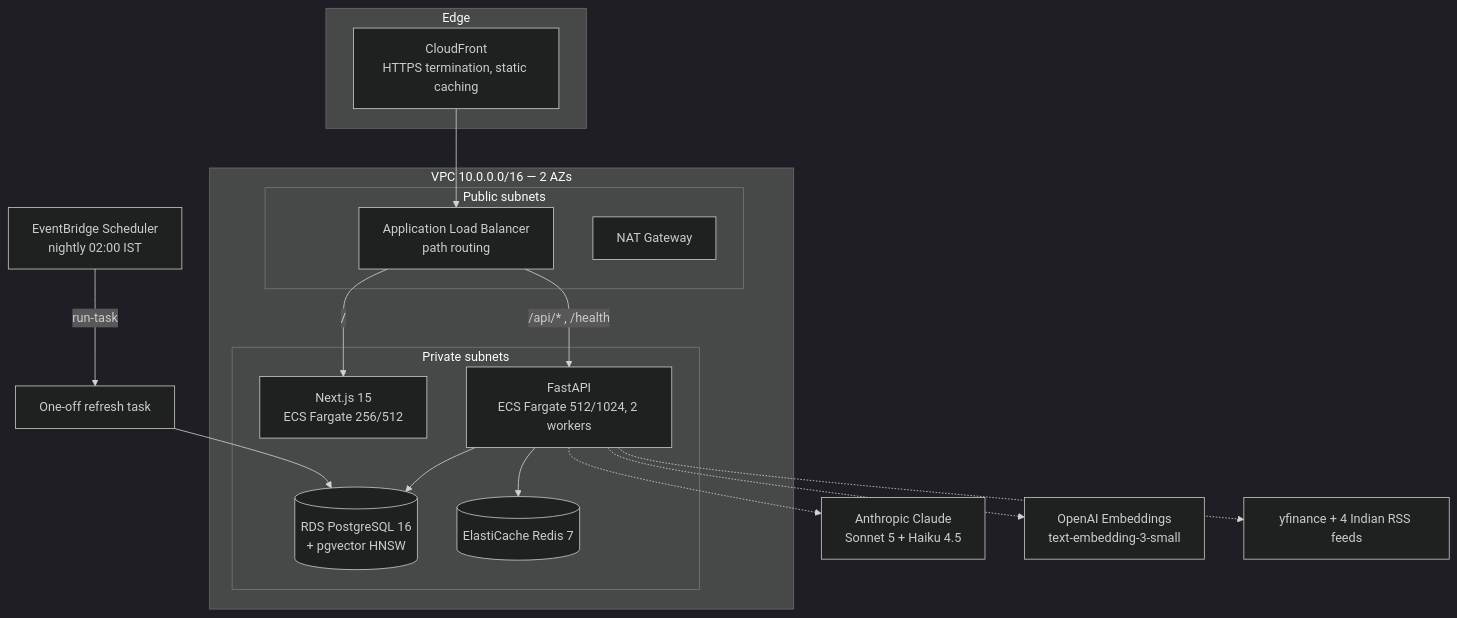
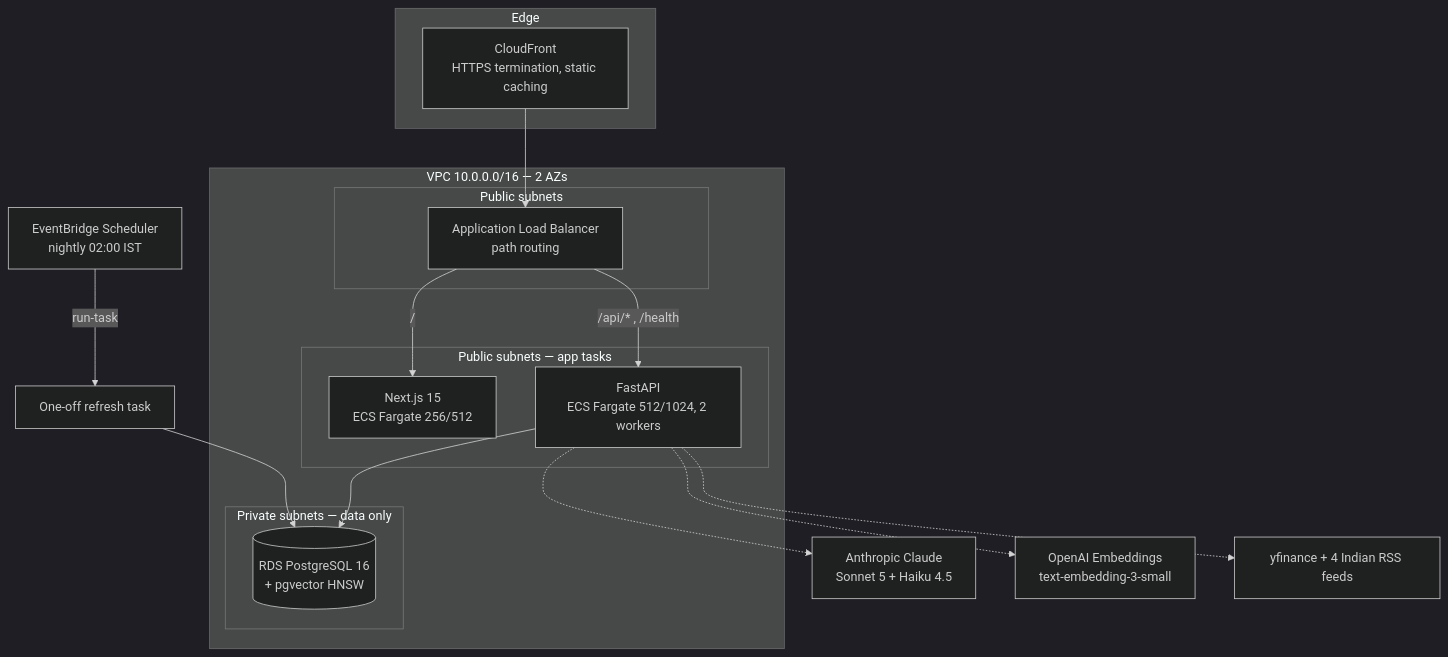
Before and after one commit to balamanikandan-21/Sentellent: the first of 2 diagrams in docs/ARCHITECTURE.md, drawn with Mermaid (dark theme). The commit also changed other lines of this file and 7 other files, not shown here.

First line of the commit message:
Cost-optimize AWS infra: drop NAT Gateway and ElastiCache

````diff
--- a/docs/ARCHITECTURE.md
+++ b/docs/ARCHITECTURE.md
@@ -5,28 +5,27 @@
 ```mermaid
 flowchart TB
     subgraph Edge
         CF[CloudFront<br/>HTTPS termination, static caching]
     end
     subgraph VPC[VPC 10.0.0.0/16 — 2 AZs]
         subgraph Public[Public subnets]
             ALB[Application Load Balancer<br/>path routing]
-            NAT[NAT Gateway]
         end
-        subgraph Private[Private subnets]
+        subgraph PublicApps[Public subnets — app tasks]
             FE[Next.js 15<br/>ECS Fargate 256/512]
             BE[FastAPI<br/>ECS Fargate 512/1024, 2 workers]
+        end
+        subgraph Private[Private subnets — data only]
             RDS[(RDS PostgreSQL 16<br/>+ pgvector HNSW)]
-            RED[(ElastiCache Redis 7)]
         end
     end
     SCHED[EventBridge Scheduler<br/>nightly 02:00 IST] -->|run-task| BE2[One-off refresh task]
     CF --> ALB
     ALB -->|"/"| FE
     ALB -->|"/api/* , /health"| BE
     BE --> RDS
-    BE --> RED
     BE2 --> RDS
     BE -.-> LLM[Anthropic Claude<br/>Sonnet 5 + Haiku 4.5]
     BE -.-> EMB[OpenAI Embeddings<br/>text-embedding-3-small]
     BE -.-> EXT[yfinance + 4 Indian RSS feeds]
 ```
````
